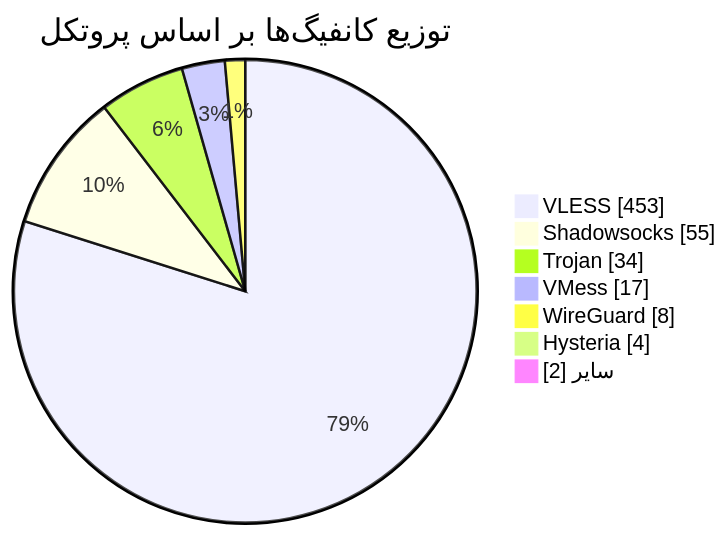
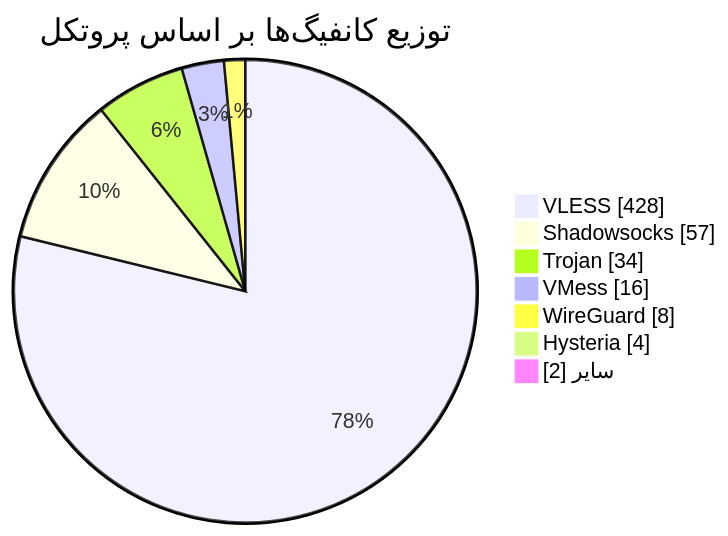
Before and after one commit to Arian-Alijani/Somthing: the diagram in README.md, drawn with Mermaid. The commit also changed other lines of this file and 73 other files, not shown here.

````diff
--- a/README.md
+++ b/README.md
@@ -49,11 +49,11 @@
 ```mermaid
 pie showData
     title توزیع کانفیگ‌ها بر اساس پروتکل
-    "VLESS" : 453
-    "Shadowsocks" : 55
+    "VLESS" : 428
+    "Shadowsocks" : 57
     "Trojan" : 34
-    "VMess" : 17
+    "VMess" : 16
     "WireGuard" : 8
     "Hysteria" : 4
     "سایر" : 2
 ```
````
